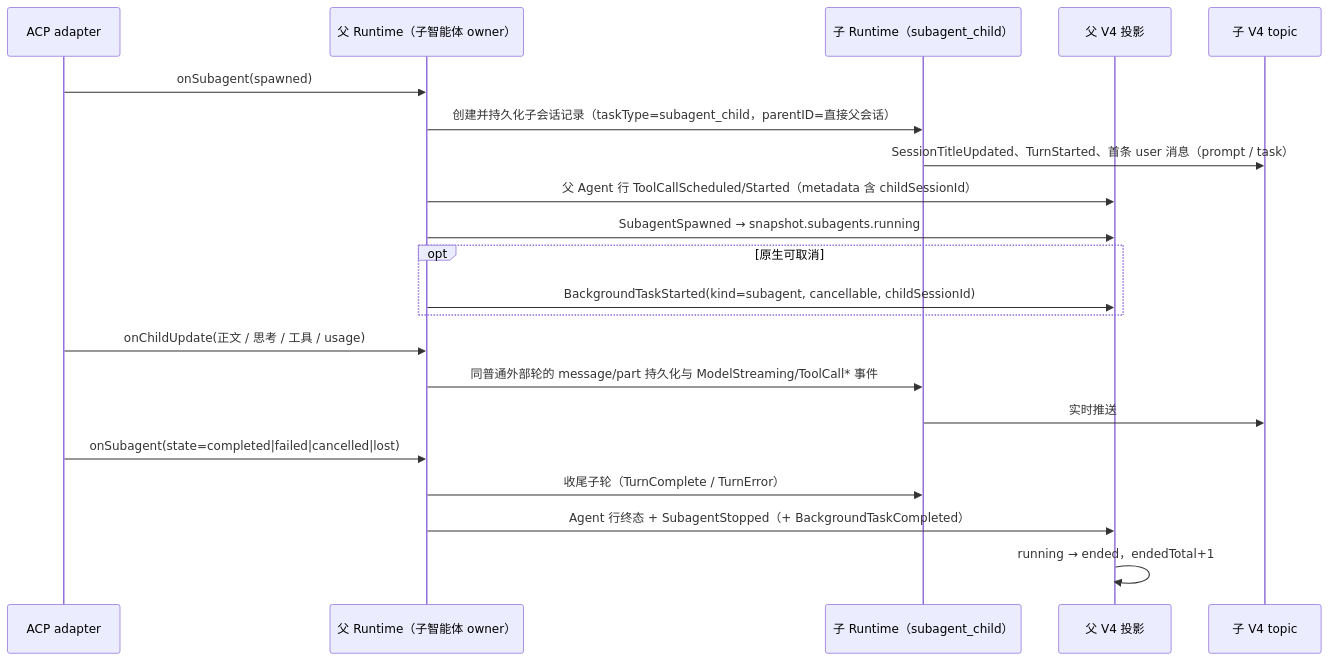
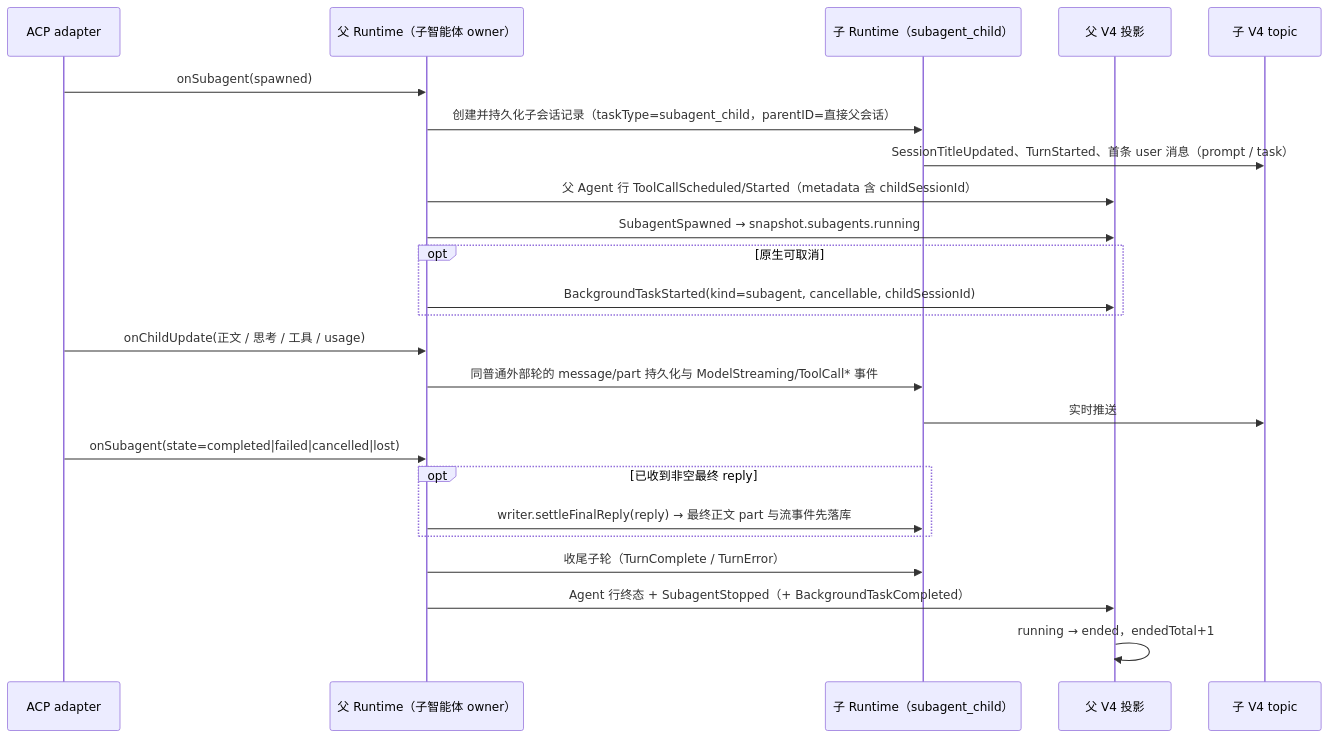
Diagram 22 of 22 in docs/desktop/external-agent-engines-spec.md (OpenX123/ZCode), drawn with Mermaid before and after one commit. The commit also changed other lines of this file and 16 other files, not shown here.

````diff
--- a/docs/desktop/external-agent-engines-spec.md
+++ b/docs/desktop/external-agent-engines-spec.md
@@ -1169,23 +1169,26 @@
 ```mermaid
 sequenceDiagram
   participant A as ACP adapter
   participant R as 父 Runtime（子智能体 owner）
   participant C as 子 Runtime（subagent_child）
   participant P as 父 V4 投影
   participant V as 子 V4 topic
   A->>R: onSubagent(spawned)
   R->>C: 创建并持久化子会话记录（taskType=subagent_child，parentID=直接父会话）
   C->>V: SessionTitleUpdated、TurnStarted、首条 user 消息（prompt / task）
   R->>P: 父 Agent 行 ToolCallScheduled/Started（metadata 含 childSessionId）
   R->>P: SubagentSpawned → snapshot.subagents.running
   opt 原生可取消
     R->>P: BackgroundTaskStarted(kind=subagent, cancellable, childSessionId)
   end
   A->>R: onChildUpdate(正文 / 思考 / 工具 / usage)
   R->>C: 同普通外部轮的 message/part 持久化与 ModelStreaming/ToolCall* 事件
   C->>V: 实时推送
   A->>R: onSubagent(state=completed|failed|cancelled|lost)
+  opt 已收到非空最终 reply
+    R->>C: writer.settleFinalReply(reply) → 最终正文 part 与流事件先落库
+  end
   R->>C: 收尾子轮（TurnComplete / TurnError）
   R->>P: Agent 行终态 + SubagentStopped（+ BackgroundTaskCompleted）
   P->>P: running → ended，endedTotal+1
 ```
````
